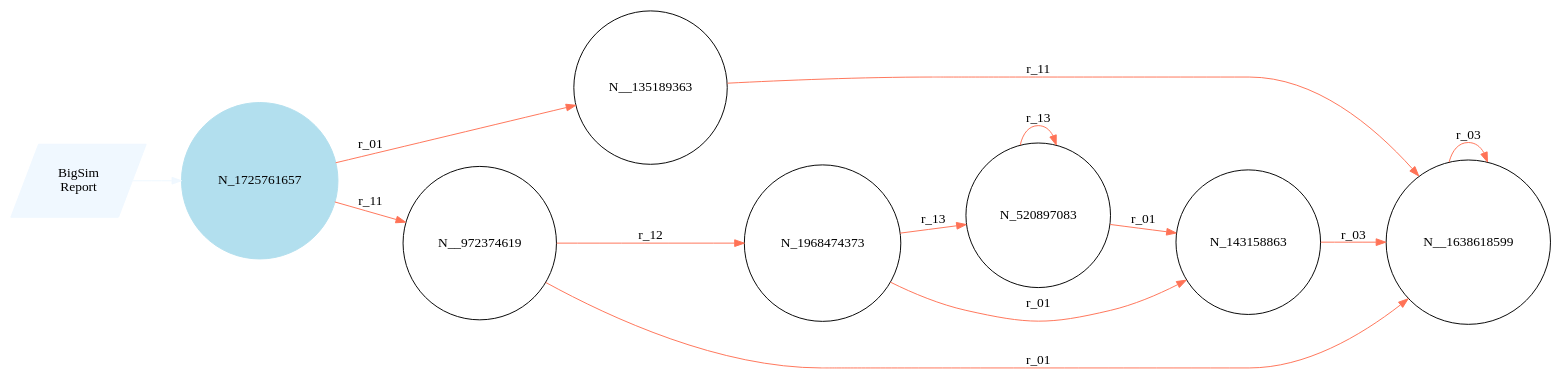
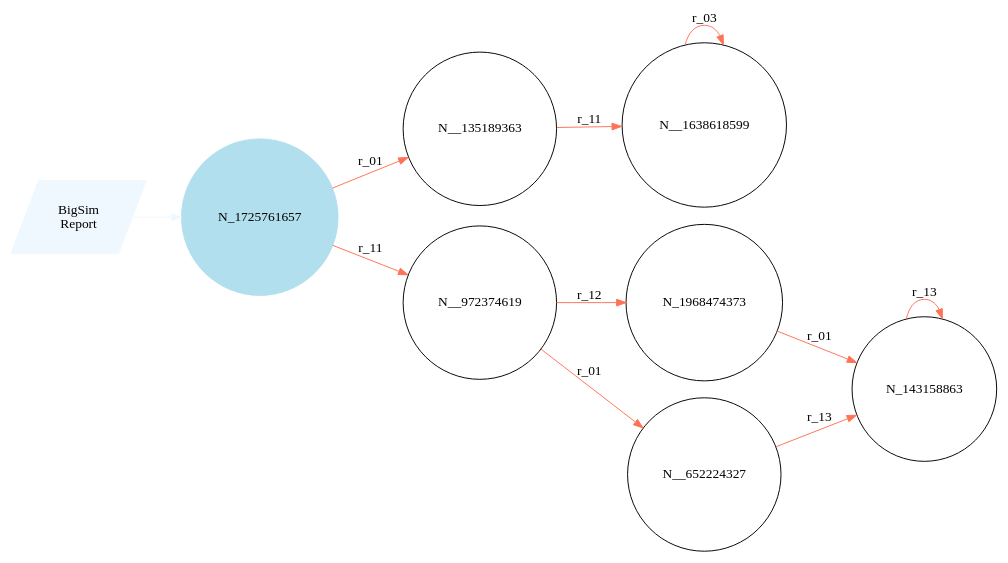
Before and after one commit to wangmin1409/BigSim: the diagram in Examples/111/results/CriticalZone.dot, drawn with Graphviz. The commit also changed 3 other files, not shown here.

```diff
--- a/Examples/111/results/CriticalZone.dot
+++ b/Examples/111/results/CriticalZone.dot
@@ -1,27 +1,25 @@
 digraph reaction_graph {
    rankdir=LR;
    Node [shape = circle];
    BigSim_Report [shape = parallelogram color = aliceblue style=filled label="BigSim
 Report"];
 BigSim_Report -> N_1725761657[color = aliceblue label = ""];
  N_1725761657
  [shape=circle, color=lightblue2, style=filled];
-N_520897083[ label="N_520897083"];
- N_520897083 -> N_520897083[ color = coral1 label = "r_13"];
- N_520897083 -> N_143158863[ color = coral1 label = "r_01"];
 N_1968474373[ label="N_1968474373"];
- N_1968474373 -> N_520897083[ color = coral1 label = "r_13"];
  N_1968474373 -> N_143158863[ color = coral1 label = "r_01"];
 N__135189363[ label="N__135189363"];
  N__135189363 -> N__1638618599[ color = coral1 label = "r_11"];
 N__972374619[ label="N__972374619"];
+ N__972374619 -> N__652224327[ color = coral1 label = "r_01"];
  N__972374619 -> N_1968474373[ color = coral1 label = "r_12"];
- N__972374619 -> N__1638618599[ color = coral1 label = "r_01"];
 N_1725761657[ label="N_1725761657"];
  N_1725761657 -> N__972374619[ color = coral1 label = "r_11"];
  N_1725761657 -> N__135189363[ color = coral1 label = "r_01"];
 N_143158863[ label="N_143158863"];
- N_143158863 -> N__1638618599[ color = coral1 label = "r_03"];
+ N_143158863 -> N_143158863[ color = coral1 label = "r_13"];
 N__1638618599[ label="N__1638618599"];
  N__1638618599 -> N__1638618599[ color = coral1 label = "r_03"];
+N__652224327[ label="N__652224327"];
+ N__652224327 -> N_143158863[ color = coral1 label = "r_13"];
 }
```
